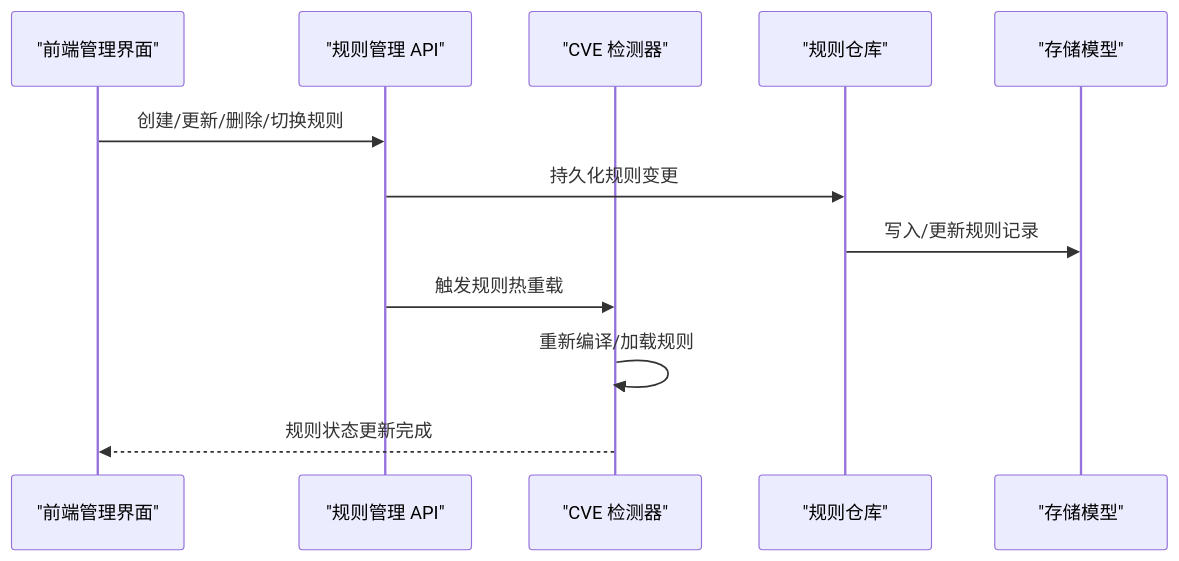
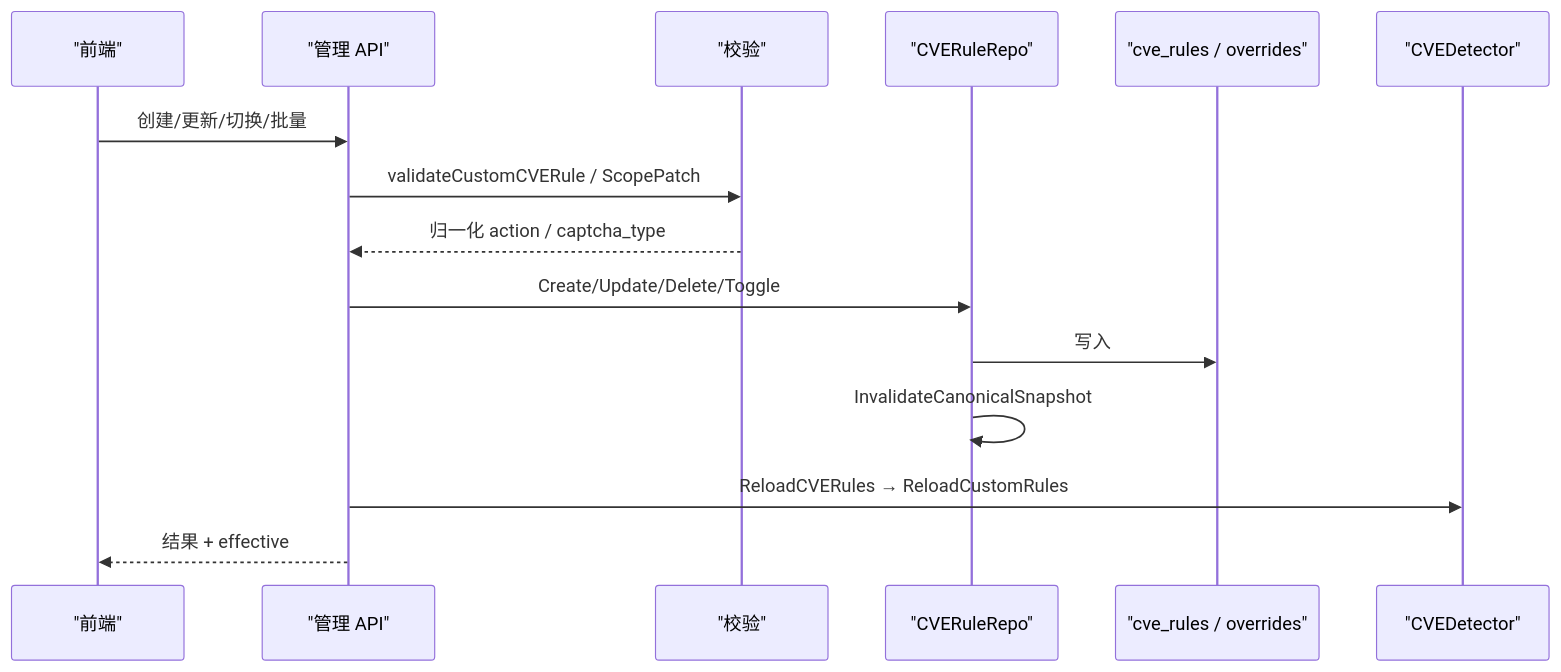
The second of 4 diagrams in docs/安全防护功能/CVE 漏洞检测/CVE 规则管理.md (x01n/My-OpenWaf), drawn with Mermaid before and after one commit. The commit also changed other lines of this file and 622 other files, not shown here.

````diff
--- a/docs/安全防护功能/CVE 漏洞检测/CVE 规则管理.md
+++ b/docs/安全防护功能/CVE 漏洞检测/CVE 规则管理.md
@@ -92,14 +94,17 @@
 ```mermaid
 sequenceDiagram
-participant FE as "前端管理界面"
-participant API as "规则管理 API"
-participant DET as "CVE 检测器"
-participant REPO as "规则仓库"
-participant STORE as "存储模型"
-FE->>API : 创建/更新/删除/切换规则
-API->>REPO : 持久化规则变更
-REPO->>STORE : 写入/更新规则记录
-API->>DET : 触发规则热重载
-DET->>DET : 重新编译/加载规则
-DET-->>FE : 规则状态更新完成
+participant FE as "前端"
+participant API as "管理 API"
+participant VAL as "校验"
+participant REPO as "CVERuleRepo"
+participant DB as "cve_rules / overrides"
+participant DET as "CVEDetector"
+FE->>API : 创建/更新/切换/批量
+API->>VAL : validateCustomCVERule / ScopePatch
+VAL-->>API : 归一化 action / captcha_type
+API->>REPO : Create/Update/Delete/Toggle
+REPO->>DB : 写入
+REPO->>REPO : InvalidateCanonicalSnapshot
+API->>DET : ReloadCVERules → ReloadCustomRules
+API-->>FE : 结果 + effective
 ```
````
